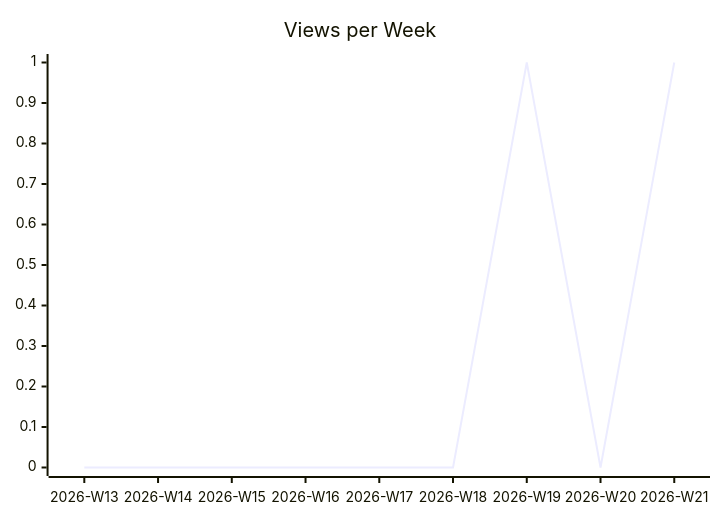
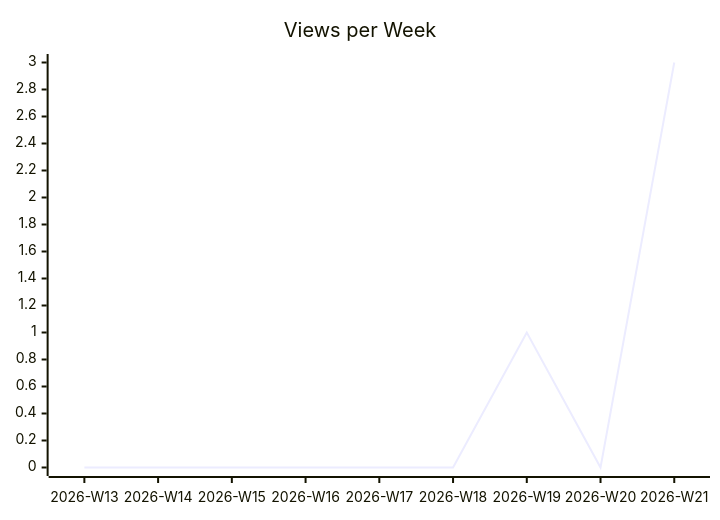
The second of 3 diagrams in karlmdavis/kobjects/README.md (justdavis-family/github-analytics-data), drawn with Mermaid before and after one commit. The commit also changed other lines of this file and 189 other files, not shown here.

````diff
--- a/karlmdavis/kobjects/README.md
+++ b/karlmdavis/kobjects/README.md
@@ -12,6 +12,6 @@
 ```mermaid
 xychart-beta
   title "Views per Week"
   x-axis ["2026-W13", "2026-W14", "2026-W15", "2026-W16", "2026-W17", "2026-W18", "2026-W19", "2026-W20", "2026-W21"]
-  line [0, 0, 0, 0, 0, 0, 1, 0, 1]
+  line [0, 0, 0, 0, 0, 0, 1, 0, 3]
 ```
````
